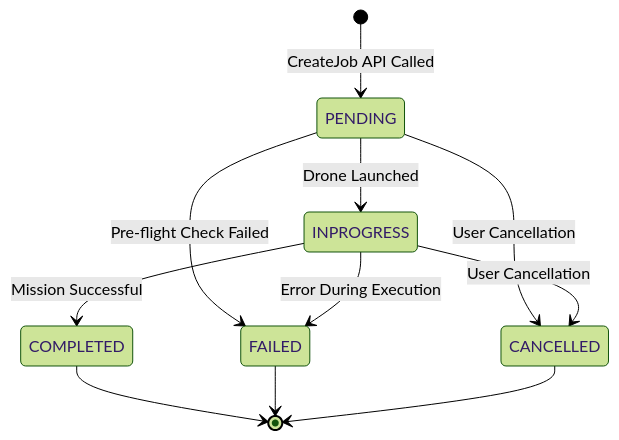
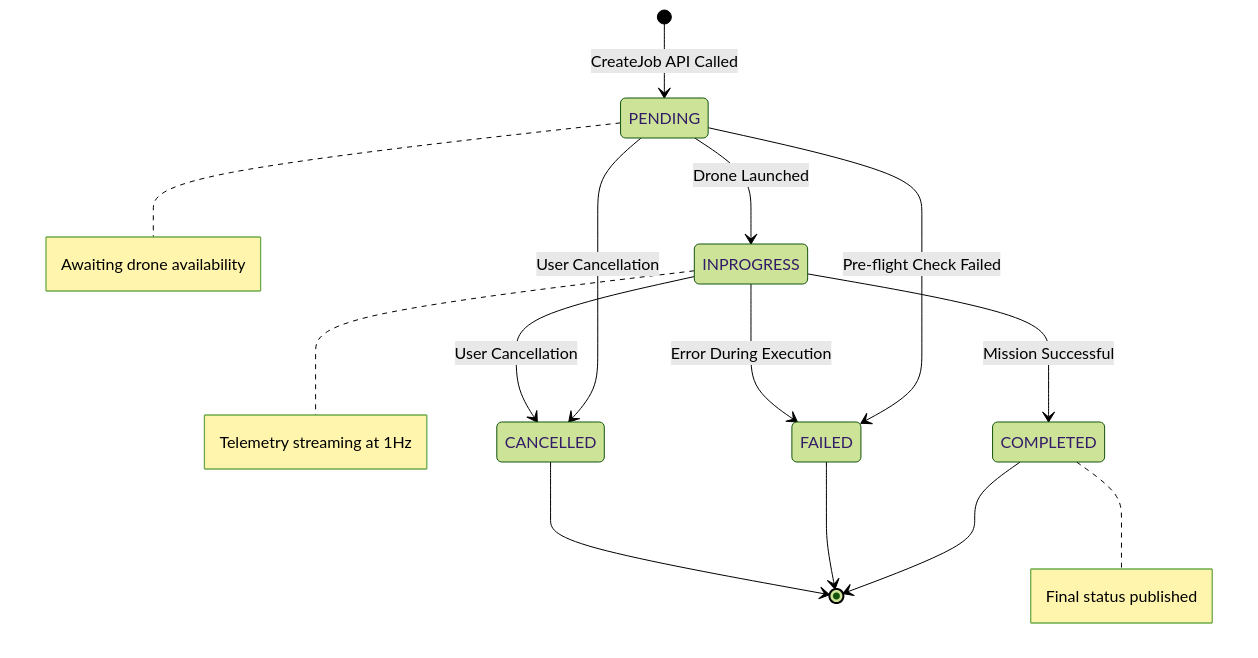
The seventh of 8 diagrams in index.md (Idroneimages-LTD/IDI-DOCUMENTATION), drawn with Mermaid (forest theme) before and after one commit. The commit also changed other lines of this file, not shown here.

````diff
--- a/index.md
+++ b/index.md
@@ -163,16 +277,20 @@
 ```mermaid
 stateDiagram-v2
     [*] --> PENDING: CreateJob API Called
 
     PENDING --> INPROGRESS: Drone Launched
     PENDING --> CANCELLED: User Cancellation
     PENDING --> FAILED: Pre-flight Check Failed
 
     INPROGRESS --> COMPLETED: Mission Successful
     INPROGRESS --> FAILED: Error During Execution
     INPROGRESS --> CANCELLED: User Cancellation
 
     COMPLETED --> [*]
     FAILED --> [*]
     CANCELLED --> [*]
+
+    note right of PENDING: Awaiting drone availability
+    note right of INPROGRESS: Telemetry streaming at 1Hz
+    note right of COMPLETED: Final status published
 ```
````
